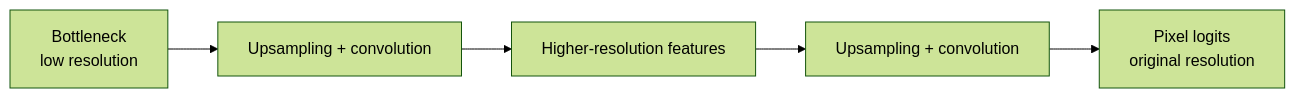
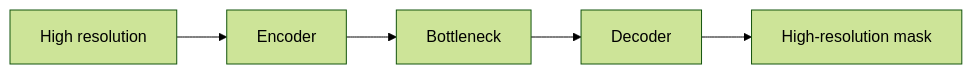
One commit to santiagoAvellaR/industrial-defect-vision changed the second of 4 diagrams in docs/learning/deep-learning/segmentation/topics/encoder-decoder-and-unet.md. Above: the diagram before and after it, drawn with Mermaid (forest theme). The commit also changed other lines of this file, not shown here.

````diff
--- a/docs/learning/deep-learning/segmentation/topics/encoder-decoder-and-unet.md
+++ b/docs/learning/deep-learning/segmentation/topics/encoder-decoder-and-unet.md
@@ -51,7 +136,7 @@
 ```mermaid
 flowchart LR
-    A[Bottleneck<br/>low resolution] --> B[Upsampling + convolution]
-    B --> C[Higher-resolution features]
-    C --> D[Upsampling + convolution]
-    D --> E[Pixel logits<br/>original resolution]
+    A[High resolution] --> B[Encoder]
+    B --> C[Bottleneck]
+    C --> D[Decoder]
+    D --> E[High-resolution mask]
 ```
````
